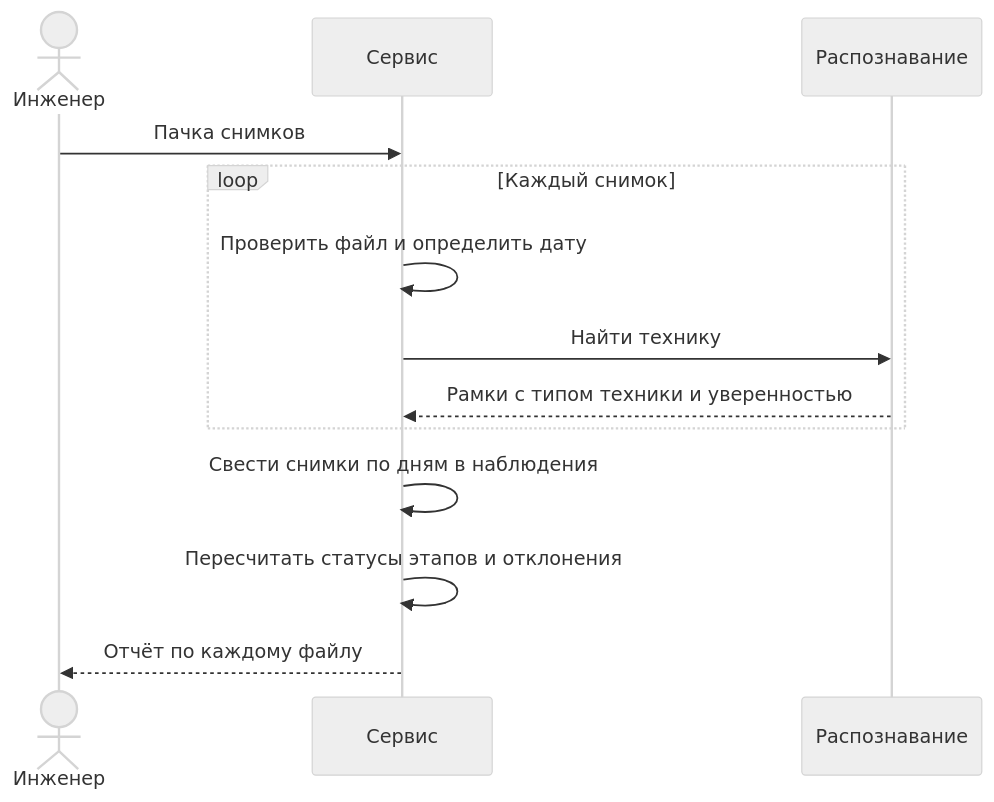
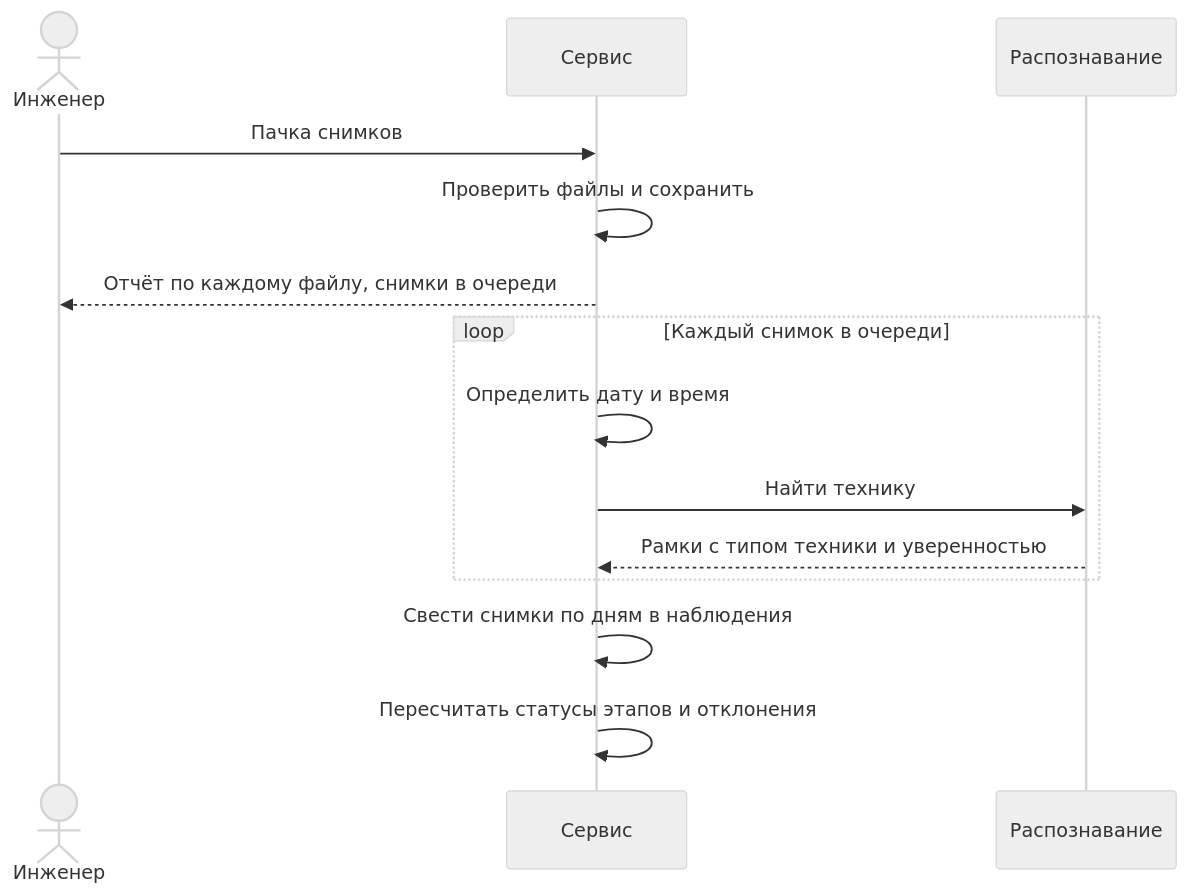
One commit to fadegor05/LCT-7 changed the second of 6 diagrams in documentation/business-logic.md. Above: the diagram before and after it, drawn with Mermaid (neutral theme). The commit also changed other lines of this file and 7 other files, not shown here.

````diff
--- a/documentation/business-logic.md
+++ b/documentation/business-logic.md
@@ -90,15 +92,16 @@
 ```mermaid
 sequenceDiagram
   actor Инженер
   participant Сервис
   participant Модель as Распознавание
   Инженер->>Сервис: Пачка снимков
-  loop Каждый снимок
-    Сервис->>Сервис: Проверить файл и определить дату
+  Сервис->>Сервис: Проверить файлы и сохранить
+  Сервис-->>Инженер: Отчёт по каждому файлу, снимки в очереди
+  loop Каждый снимок в очереди
+    Сервис->>Сервис: Определить дату и время
     Сервис->>Модель: Найти технику
     Модель-->>Сервис: Рамки с типом техники и уверенностью
   end
   Сервис->>Сервис: Свести снимки по дням в наблюдения
   Сервис->>Сервис: Пересчитать статусы этапов и отклонения
-  Сервис-->>Инженер: Отчёт по каждому файлу
 ```
````
